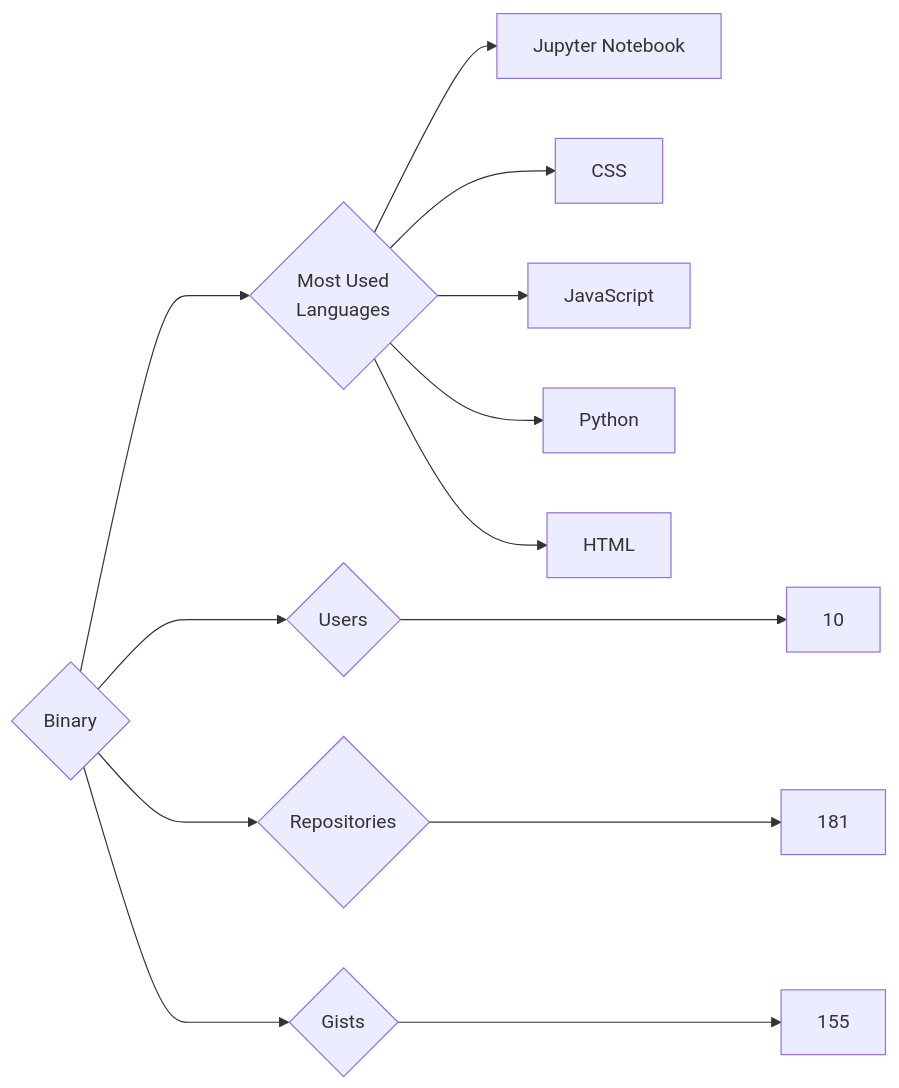
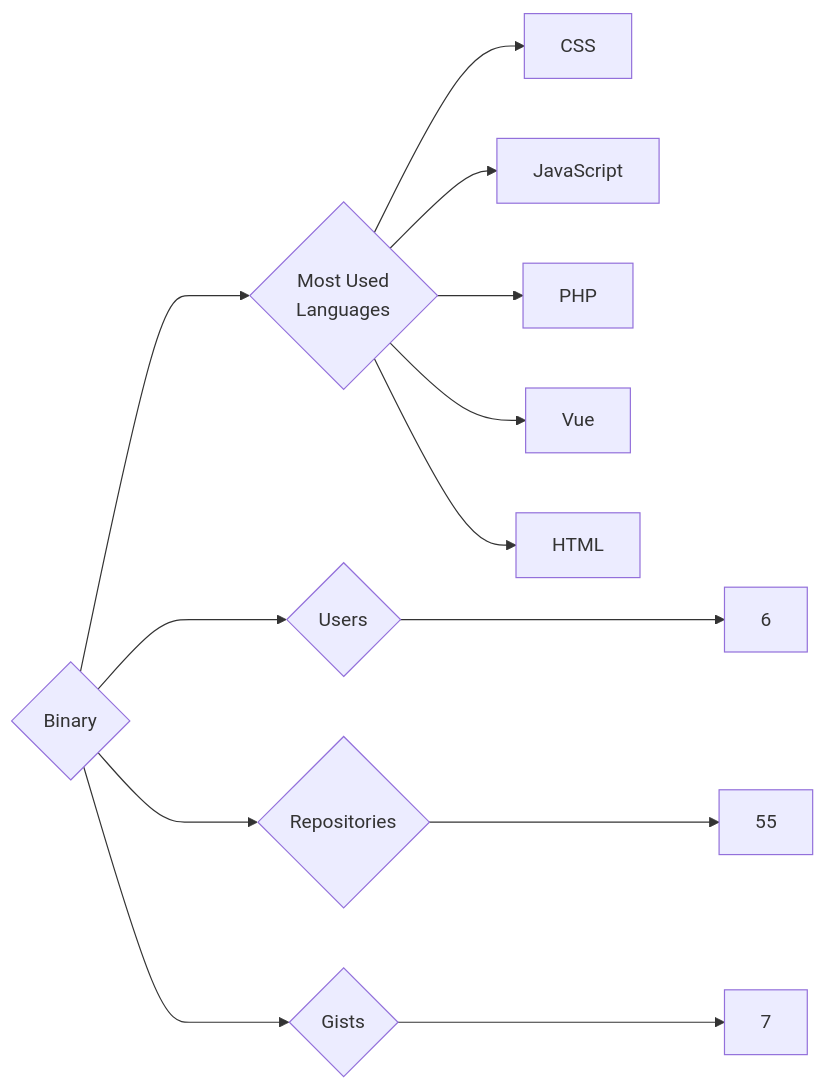
The diagram in targets/Binary/README.md (trickest/insiders), drawn with Mermaid before and after one commit. The commit also changed 988 other files, not shown here.

````diff
--- a/targets/Binary/README.md
+++ b/targets/Binary/README.md
@@ -3,13 +3,13 @@
 ```mermaid
 graph LR
 COMPANY_NAME{Binary}
-COMPANY_NAME ---> U{Users} ---> UN[10]
-COMPANY_NAME ---> R{Repositories} ---> RN[181]
-COMPANY_NAME ---> G{Gists} ---> GN[155]
+COMPANY_NAME ---> U{Users} ---> UN[6]
+COMPANY_NAME ---> R{Repositories} ---> RN[55]
+COMPANY_NAME ---> G{Gists} ---> GN[7]
 COMPANY_NAME ---> ML{Most Used<br>Languages}
-ML --> Jupyter_Notebook[Jupyter Notebook]
 ML --> CSS[CSS]
 ML --> JavaScript[JavaScript]
-ML --> Python[Python]
+ML --> PHP[PHP]
+ML --> Vue[Vue]
 ML --> HTML[HTML]
 ```
````
